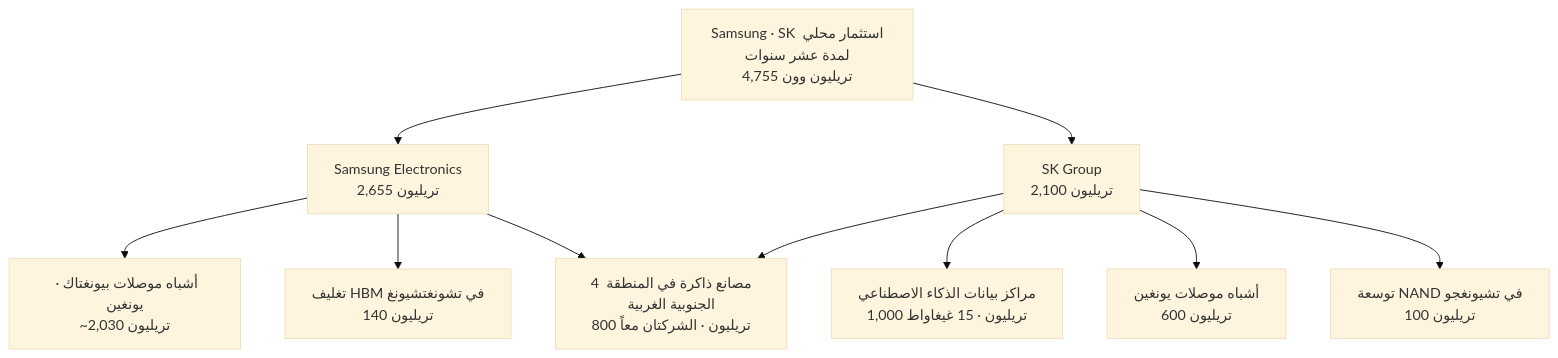
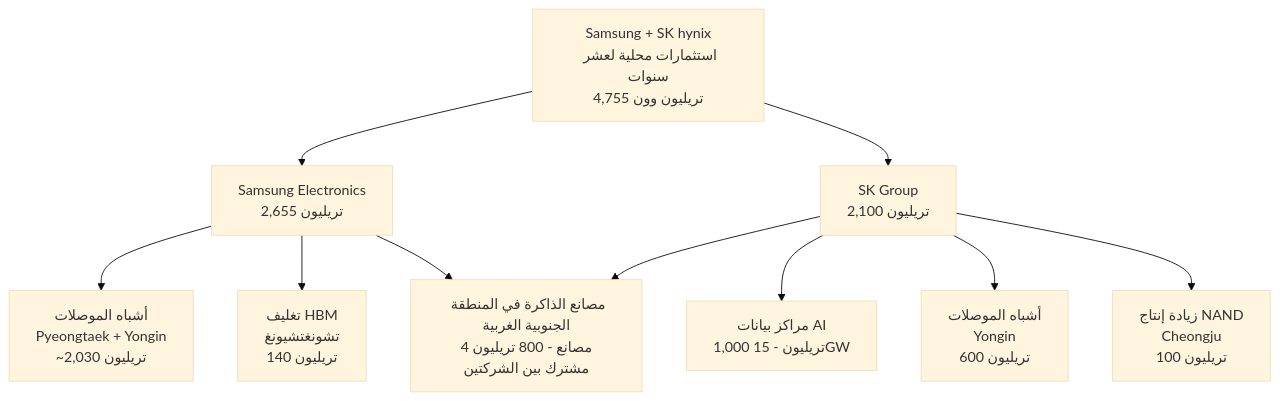
One commit to ThakiCloud/thakicloud.github.io changed the diagram in _posts/ar/news/2026-06-30-samsung-skhynix-ai-memory-mega-investment.md. Above: the diagram before and after it, drawn with Mermaid (base theme). The commit also changed other lines of this file and 2 other files, not shown here.

First line of the commit message:
fix(news): refocus Samsung·SK post on the announcement, not the $880B figure

````diff
--- a/_posts/ar/news/2026-06-30-samsung-skhynix-ai-memory-mega-investment.md
+++ b/_posts/ar/news/2026-06-30-samsung-skhynix-ai-memory-mega-investment.md
@@ -49,12 +47,12 @@
 ```mermaid
 flowchart TB
-    A["Samsung · SK استثمار محلي لمدة عشر سنوات<br/>4,755 تريليون وون"] --> B["Samsung Electronics<br/>2,655 تريليون"]
+    A["Samsung + SK hynix<br/>استثمارات محلية لعشر سنوات<br/>4,755 تريليون وون"] --> B["Samsung Electronics<br/>2,655 تريليون"]
     A --> C["SK Group<br/>2,100 تريليون"]
-    B --> B1["أشباه موصلات بيونغتاك · يونغين<br/>~2,030 تريليون"]
-    B --> B2["تغليف HBM في تشونغتشيونغ<br/>140 تريليون"]
-    C --> C1["مراكز بيانات الذكاء الاصطناعي<br/>1,000 تريليون · 15 غيغاواط"]
-    C --> C2["أشباه موصلات يونغين<br/>600 تريليون"]
-    C --> C3["توسعة NAND في تشيونغجو<br/>100 تريليون"]
-    B --> D["4 مصانع ذاكرة في المنطقة الجنوبية الغربية<br/>800 تريليون · الشركتان معاً"]
+    B --> B1["أشباه الموصلات<br/>Pyeongtaek + Yongin<br/>~2,030 تريليون"]
+    B --> B2["تغليف HBM<br/>تشونغتشيونغ<br/>140 تريليون"]
+    C --> C1["مراكز بيانات AI<br/>1,000 تريليون - 15GW"]
+    C --> C2["أشباه الموصلات<br/>Yongin<br/>600 تريليون"]
+    C --> C3["زيادة إنتاج NAND<br/>Cheongju<br/>100 تريليون"]
+    B --> D["مصانع الذاكرة في المنطقة الجنوبية الغربية<br/>4 مصانع - 800 تريليون<br/>مشترك بين الشركتين"]
     C --> D
 ```
````
